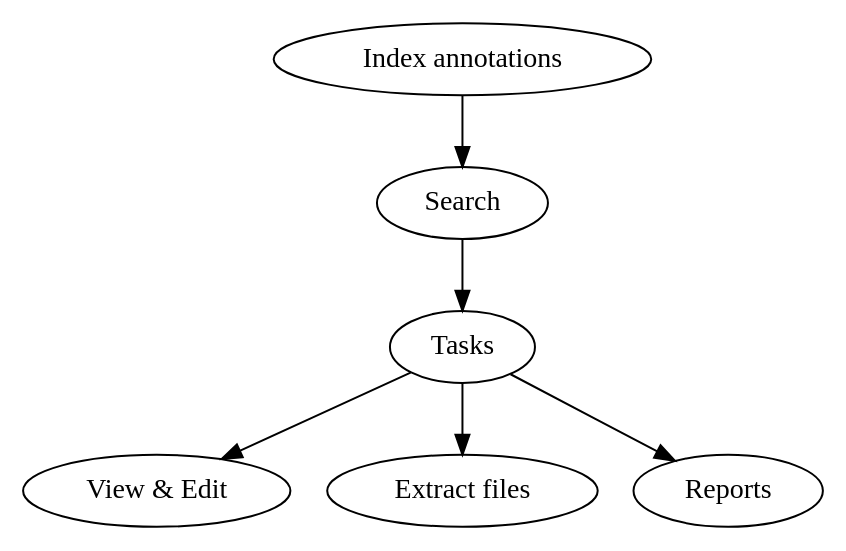
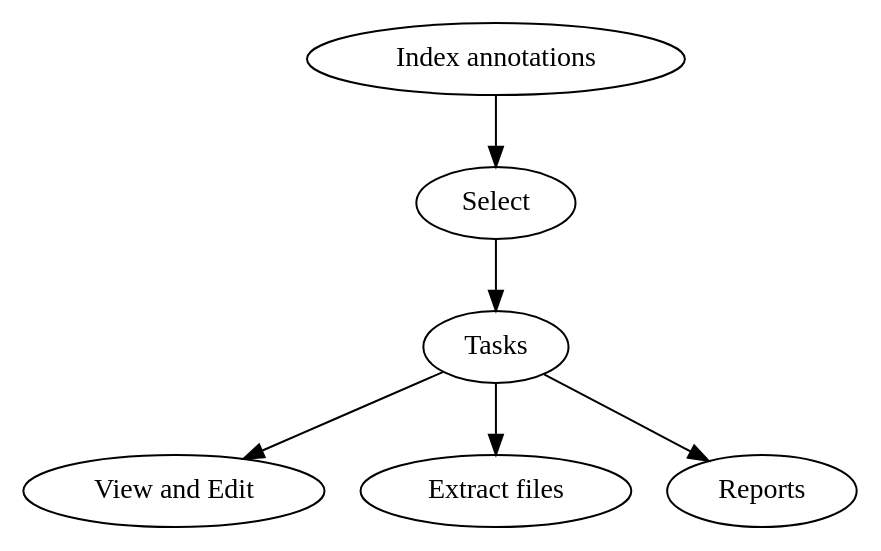
The diagram in docs/source/index.rst (rolandomunoz/praat_plugin-finder), drawn with Graphviz before and after one commit.

Commit message:
doc: update diagram

```diff
--- a/docs/source/index.rst
+++ b/docs/source/index.rst
@@ -12,9 +12,9 @@
 .. graphviz::
 
    digraph Flatland {
 
-      "Index annotations" -> Search -> Tasks;
-      Tasks -> "View & Edit";
+      "Index annotations" -> Select -> Tasks;
+      Tasks -> "View and Edit"
       Tasks -> "Extract files";
       Tasks -> "Reports";
       }
```
